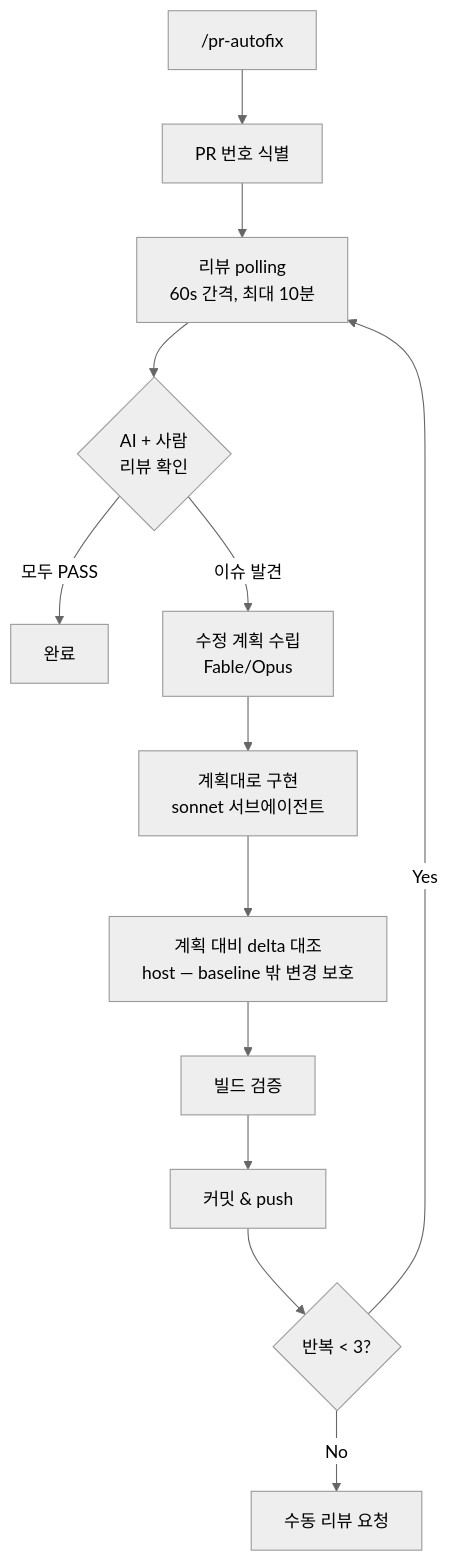
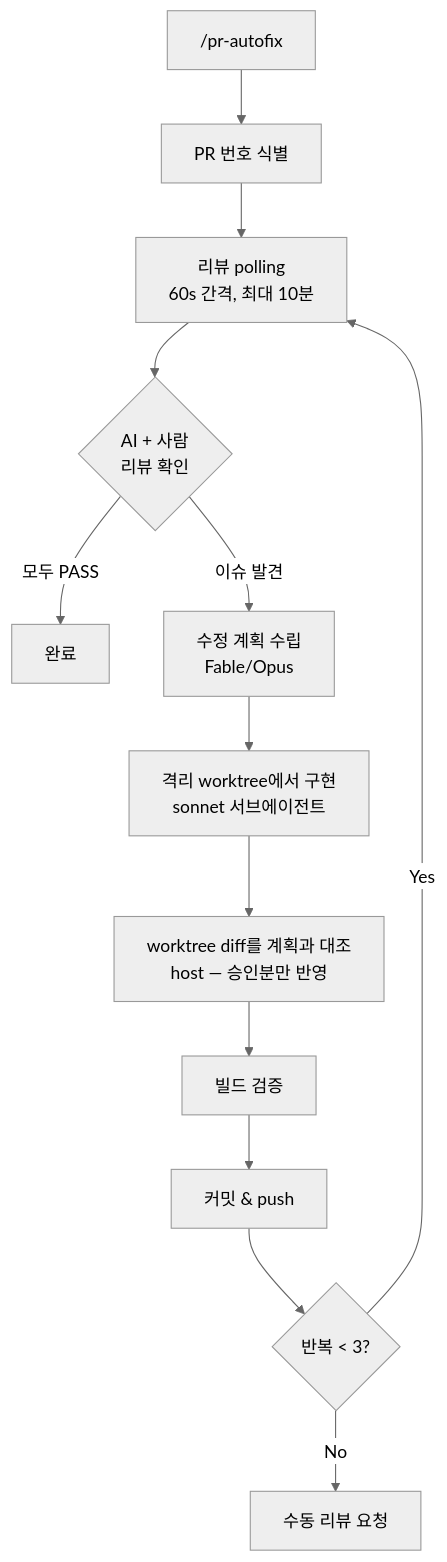
One commit to Atom-oh/oh-my-cloud-skills changed the diagram in doc-sites/docs/project-init/skills/pr-autofix.md. Above: the diagram before and after it, drawn with Mermaid (neutral theme). The commit also changed other lines of this file and 3 other files, not shown here.

````diff
--- a/doc-sites/docs/project-init/skills/pr-autofix.md
+++ b/doc-sites/docs/project-init/skills/pr-autofix.md
@@ -26,15 +28,15 @@
 ```mermaid
 flowchart TD
     A["/pr-autofix"] --> B[PR 번호 식별]
     B --> C[리뷰 polling<br/>60s 간격, 최대 10분]
     C --> D{AI + 사람<br/>리뷰 확인}
     D -->|모두 PASS| E[완료]
     D -->|이슈 발견| F[수정 계획 수립<br/>Fable/Opus]
-    F --> F2[계획대로 구현<br/>sonnet 서브에이전트]
-    F2 --> V[계획 대비 delta 대조<br/>host — baseline 밖 변경 보호]
+    F --> F2[격리 worktree에서 구현<br/>sonnet 서브에이전트]
+    F2 --> V[worktree diff를 계획과 대조<br/>host — 승인분만 반영]
     V --> G[빌드 검증]
     G --> H[커밋 & push]
     H --> I{반복 < 3?}
     I -->|Yes| C
     I -->|No| J[수동 리뷰 요청]
 ```
````
